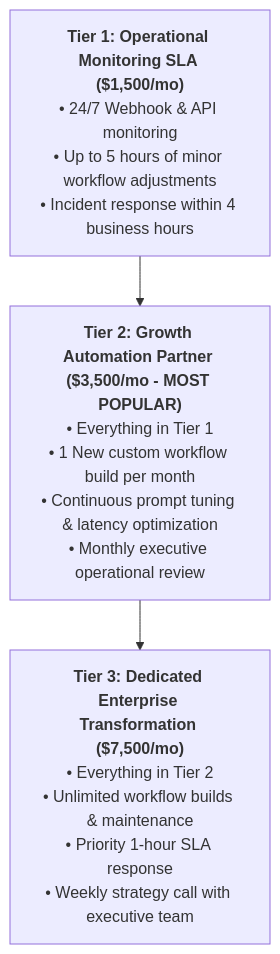
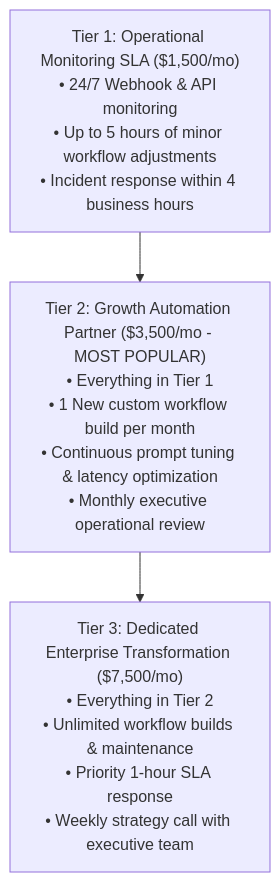
One commit to Kozy04/Buzz changed the fourth of 4 diagrams in ebooks/ai_automation_agency_blueprint/ai_automation_agency_blueprint_manuscript.md. Above: the diagram before and after it, drawn with Mermaid. The commit also changed 6 other files, not shown here.

Commit message:
Render all Mermaid architecture and flowchart blocks into live vector SVG illustrations across both eBook PDFs

````diff
--- a/ebooks/ai_automation_agency_blueprint/ai_automation_agency_blueprint_manuscript.md
+++ b/ebooks/ai_automation_agency_blueprint/ai_automation_agency_blueprint_manuscript.md
@@ -306,8 +306,8 @@
 ```mermaid
 graph TD
-    Tier1["<b>Tier 1: Operational Monitoring SLA ($1,500/mo)</b><br/>• 24/7 Webhook & API monitoring<br/>• Up to 5 hours of minor workflow adjustments<br/>• Incident response within 4 business hours"]
-    Tier2["<b>Tier 2: Growth Automation Partner ($3,500/mo - MOST POPULAR)</b><br/>• Everything in Tier 1<br/>• 1 New custom workflow build per month<br/>• Continuous prompt tuning & latency optimization<br/>• Monthly executive operational review"]
-    Tier3["<b>Tier 3: Dedicated Enterprise Transformation ($7,500/mo)</b><br/>• Everything in Tier 2<br/>• Unlimited workflow builds & maintenance<br/>• Priority 1-hour SLA response<br/>• Weekly strategy call with executive team"]
+    Tier1["Tier 1: Operational Monitoring SLA ($1,500/mo)<br/>• 24/7 Webhook & API monitoring<br/>• Up to 5 hours of minor workflow adjustments<br/>• Incident response within 4 business hours"]
+    Tier2["Tier 2: Growth Automation Partner ($3,500/mo - MOST POPULAR)<br/>• Everything in Tier 1<br/>• 1 New custom workflow build per month<br/>• Continuous prompt tuning & latency optimization<br/>• Monthly executive operational review"]
+    Tier3["Tier 3: Dedicated Enterprise Transformation ($7,500/mo)<br/>• Everything in Tier 2<br/>• Unlimited workflow builds & maintenance<br/>• Priority 1-hour SLA response<br/>• Weekly strategy call with executive team"]
 
     Tier1 --> Tier2 --> Tier3
 ```
````
